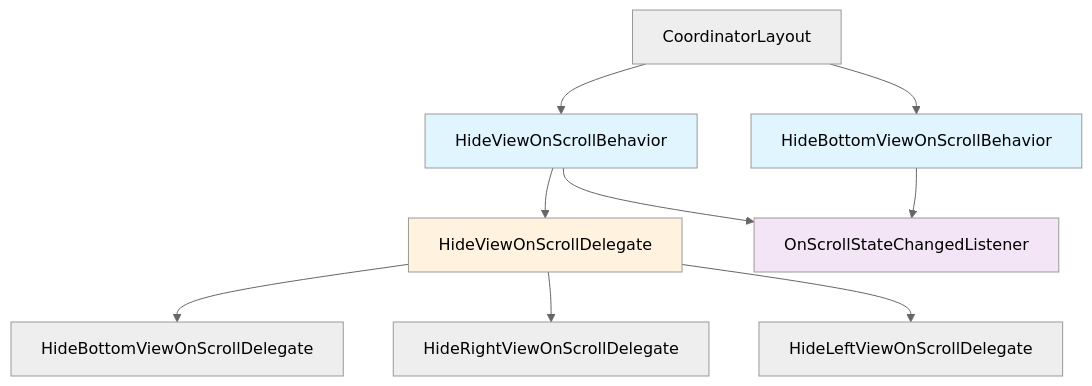
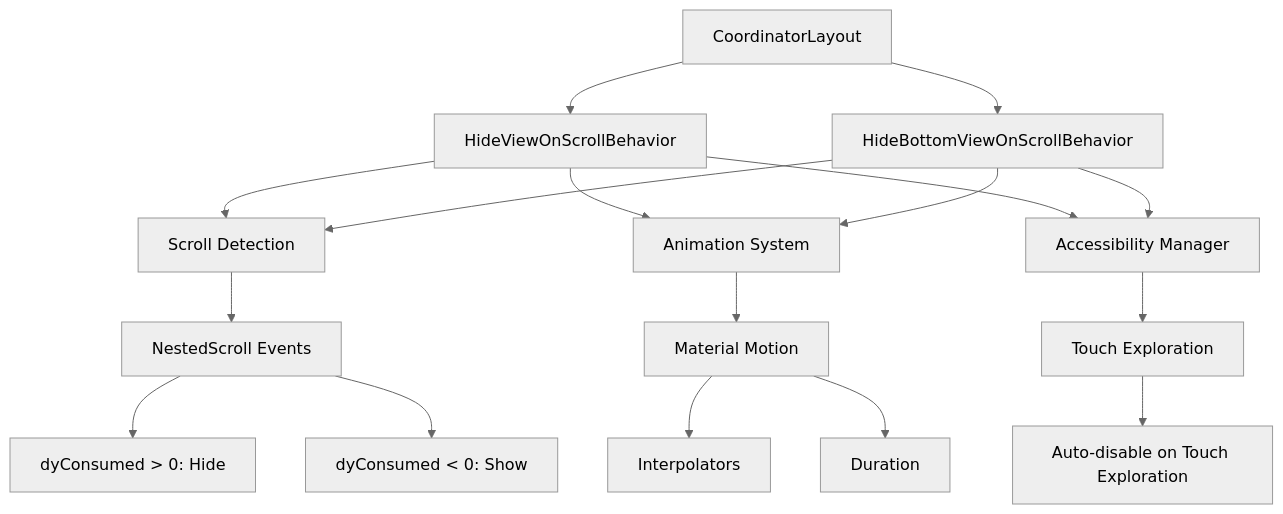
One commit to FSoft-AI4Code/codewiki-demo changed the diagram in docs/material-components--material-components-android-docs/behavior.md. Above: the diagram before and after it, drawn with Mermaid (neutral theme). The commit also changed other lines of this file and 1103 other files, not shown here.

````diff
--- a/docs/material-components--material-components-android-docs/behavior.md
+++ b/docs/material-components--material-components-android-docs/behavior.md
@@ -9,16 +18,21 @@
 ```mermaid
 graph TD
     A[CoordinatorLayout] --> B[HideViewOnScrollBehavior]
     A --> C[HideBottomViewOnScrollBehavior]
-    B --> D[HideViewOnScrollDelegate]
-    B --> E[OnScrollStateChangedListener]
+    B --> D[Scroll Detection]
+    B --> E[Animation System]
+    B --> F[Accessibility Manager]
+    C --> D
     C --> E
-    D --> F[HideBottomViewOnScrollDelegate]
-    D --> G[HideRightViewOnScrollDelegate]
-    D --> H[HideLeftViewOnScrollDelegate]
+    C --> F
     
-    style B fill:#e1f5fe
-    style C fill:#e1f5fe
-    style D fill:#fff3e0
-    style E fill:#f3e5f5
+    D --> G[NestedScroll Events]
+    E --> H[Material Motion]
+    F --> I[Touch Exploration]
+    
+    G --> J[dyConsumed > 0: Hide]
+    G --> K[dyConsumed < 0: Show]
+    H --> L[Interpolators]
+    H --> M[Duration]
+    I --> N[Auto-disable on Touch Exploration]
 ```
````
